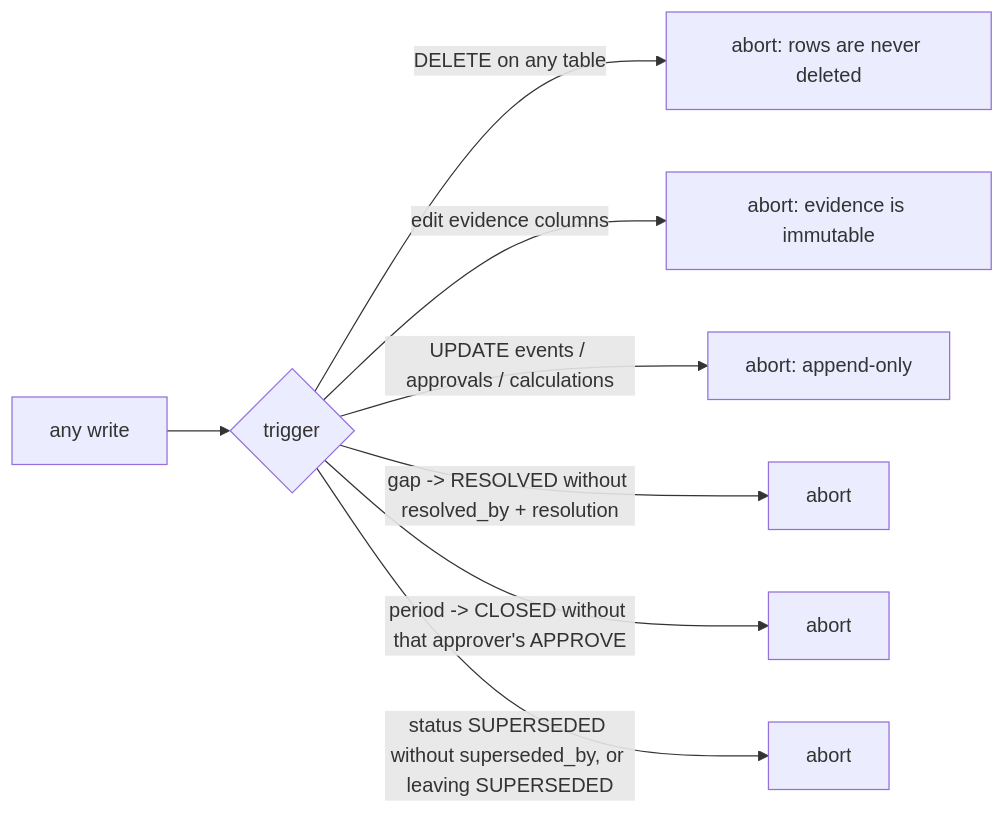
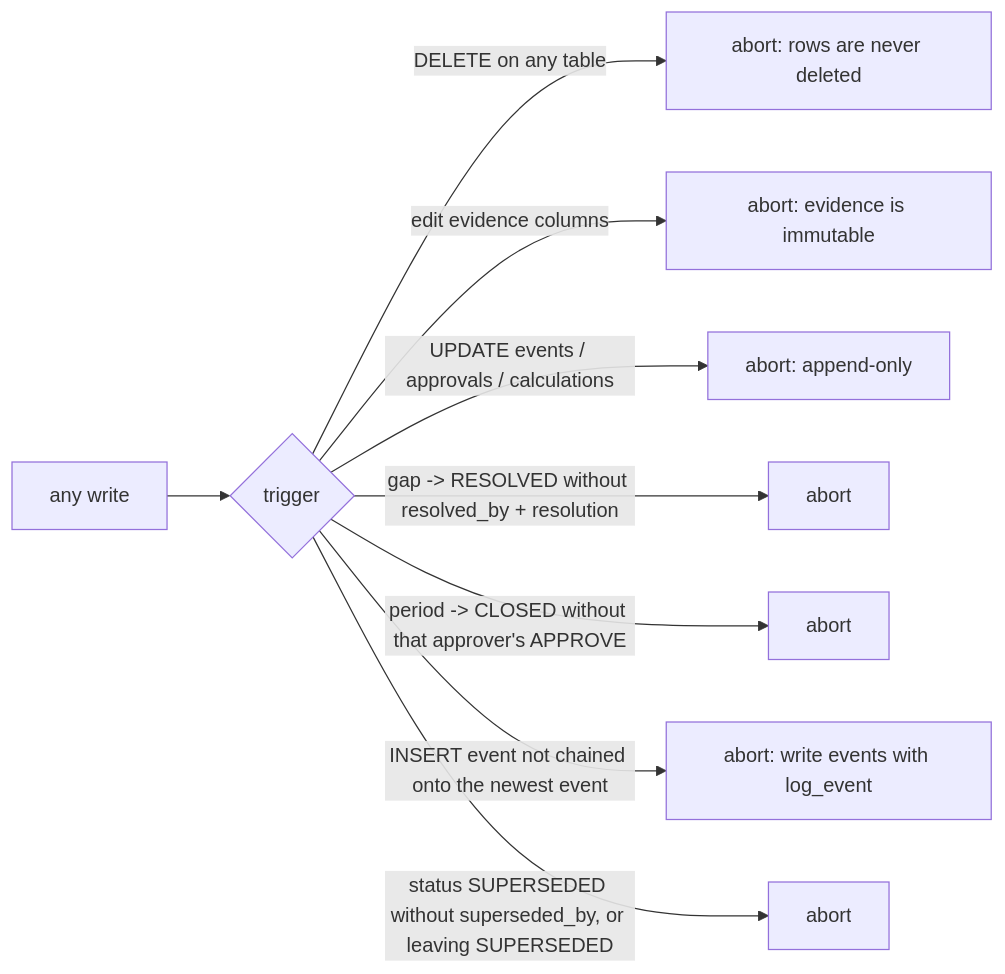
The diagram in docs/features/ledger.md (HodeX7/Audit.CO2), drawn with Mermaid before and after one commit. The commit also changed other lines of this file and 8 other files, not shown here.

````diff
--- a/docs/features/ledger.md
+++ b/docs/features/ledger.md
@@ -48,10 +48,11 @@
 ```mermaid
 flowchart LR
   W[any write] --> T{trigger}
   T -->|DELETE on any table| X1[abort: rows are never deleted]
   T -->|edit evidence columns| X2[abort: evidence is immutable]
   T -->|UPDATE events / approvals / calculations| X3[abort: append-only]
   T -->|gap -> RESOLVED without resolved_by + resolution| X4[abort]
   T -->|period -> CLOSED without that approver's APPROVE| X5[abort]
+  T -->|INSERT event not chained onto the newest event| X7[abort: write events with log_event]
   T -->|status SUPERSEDED without superseded_by, or leaving SUPERSEDED| X6[abort]
 ```
````
